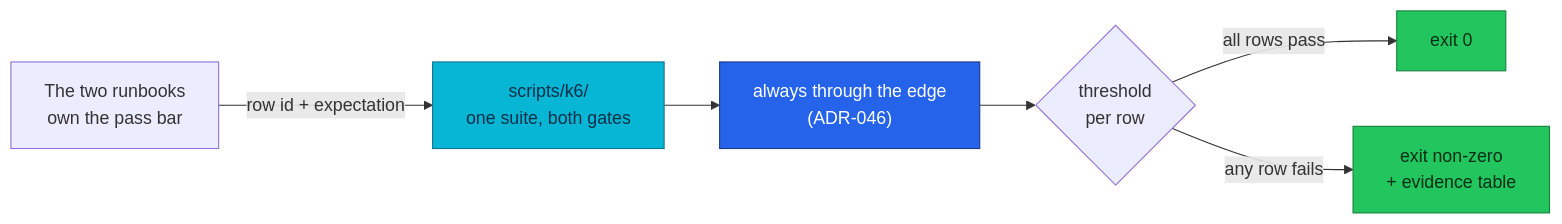
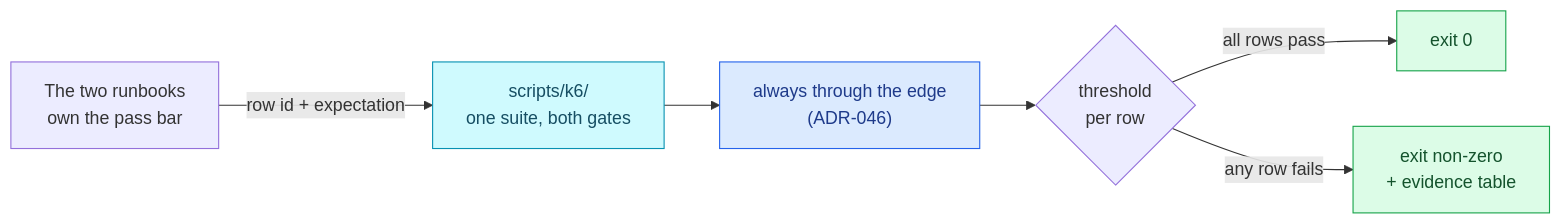
Before and after one commit to duynhlab/homelab: the diagram in docs/proposals/adr/ADR-056-k6-e2e-assertion-layer/README.md, drawn with Mermaid. The commit also changed 174 other files, not shown here.

First line of the commit message:
Soft-tint diagram palette, a signal-flow diagram, a Linux-ready Draw.io skill

````diff
--- a/docs/proposals/adr/ADR-056-k6-e2e-assertion-layer/README.md
+++ b/docs/proposals/adr/ADR-056-k6-e2e-assertion-layer/README.md
@@ -115,16 +115,16 @@
 ```mermaid
 flowchart LR
   rb["The two runbooks<br/>own the pass bar"] -->|"row id + expectation"| suite["scripts/k6/<br/>one suite, both gates"]
   suite --> edge["always through the edge<br/>(ADR-046)"]
   edge --> verdict{"threshold<br/>per row"}
   verdict -->|"all rows pass"| zero["exit 0"]
   verdict -->|"any row fails"| nonzero["exit non-zero<br/>+ evidence table"]
 
-  classDef edgeC fill:#2563eb,color:#fff,stroke:#1e3a8a;
-  classDef service fill:#06b6d4,color:#082f49,stroke:#0e7490;
-  classDef data fill:#22c55e,color:#052e16,stroke:#15803d;
+  classDef edgeC fill:#dbeafe,color:#1e3a8a,stroke:#2563eb;
+  classDef service fill:#cffafe,color:#164e63,stroke:#0891b2;
+  classDef data fill:#dcfce7,color:#14532d,stroke:#16a34a;
 
   class edge edgeC;
   class suite service;
   class zero,nonzero data;
 ```
````
